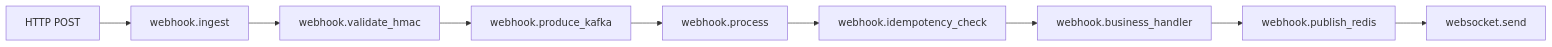
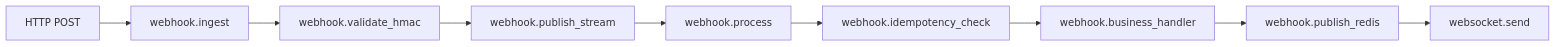
The diagram in docs/docs/observability/tracing.md (gbiumdonadon/easyhooks), drawn with Mermaid before and after one commit. The commit also changed other lines of this file and 66 other files, not shown here.

````diff
--- a/docs/docs/observability/tracing.md
+++ b/docs/docs/observability/tracing.md
@@ -25,11 +25,11 @@
 ```mermaid
 flowchart LR
     A[HTTP POST] --> B[webhook.ingest]
     B --> C[webhook.validate_hmac]
-    C --> D[webhook.produce_kafka]
+    C --> D[webhook.publish_stream]
     D --> E[webhook.process]
     E --> F[webhook.idempotency_check]
     F --> G[webhook.business_handler]
     G --> H[webhook.publish_redis]
     H --> I[websocket.send]
 ```
````
